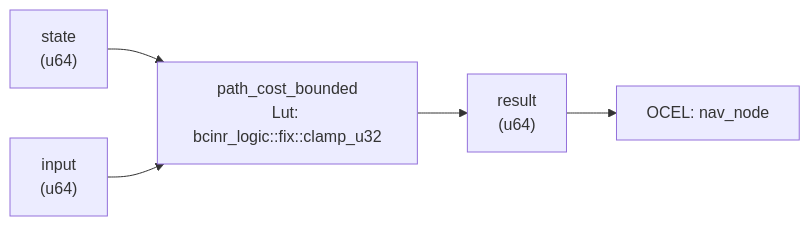
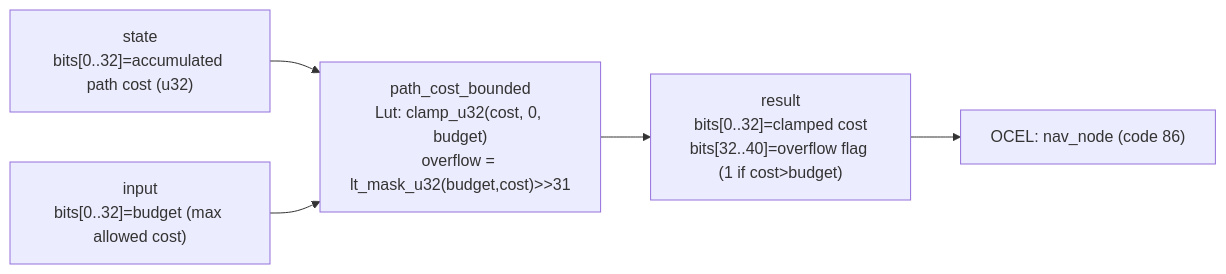
Before and after one commit to seanchatmangpt/bcinr: the diagram in crates/wasm4games/docs/patterns/path_cost_bounded.md, drawn with Mermaid. The commit also changed other lines of this file and 20 other files, not shown here.

````diff
--- a/crates/wasm4games/docs/patterns/path_cost_bounded.md
+++ b/crates/wasm4games/docs/patterns/path_cost_bounded.md
@@ -56,12 +38,12 @@
 ```mermaid
 graph LR
-    state["state\n(u64)"]
-    input["input\n(u64)"]
-    kernel["path_cost_bounded\nLut: bcinr_logic::fix::clamp_u32"]
-    result["result\n(u64)"]
+    state["state\nbits[0..32]=accumulated path cost (u32)"]
+    input["input\nbits[0..32]=budget (max allowed cost)"]
+    kernel["path_cost_bounded\nLut: clamp_u32(cost, 0, budget)\noverflow = lt_mask_u32(budget,cost)>>31"]
+    result["result\nbits[0..32]=clamped cost\nbits[32..40]=overflow flag (1 if cost>budget)"]
     state --> kernel
     input --> kernel
     kernel --> result
-    ocel_0["OCEL: nav_node"]
+    ocel_0["OCEL: nav_node (code 86)"]
     result --> ocel_0
 ```
````
